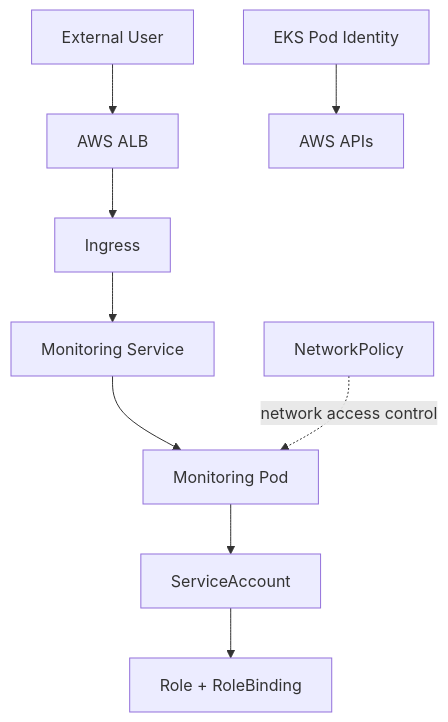
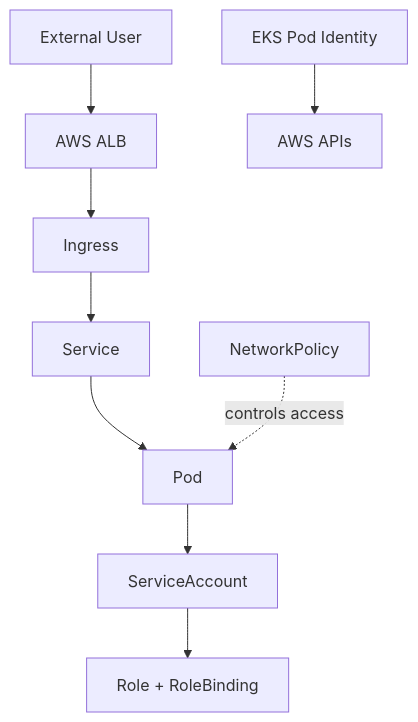
Before and after one commit to hammadqureshi31/cloud-native-monitoring: the eighth of 11 diagrams in README.md, drawn with Mermaid. The commit also changed other lines of this file, not shown here.

````diff
--- a/README.md
+++ b/README.md
@@ -2811,32 +639,7 @@
-```mermaid id="b9s4k7"
+```mermaid
 flowchart TB
-    USER[External User]
-
-    ALB[AWS ALB]
-
-    ING[Ingress]
-
-    SVC[Monitoring Service]
-
-    POD[Monitoring Pod]
-
-    SA[ServiceAccount]
-    RBAC[Role + RoleBinding]
-
-    NP[NetworkPolicy]
-
-    IAM[EKS Pod Identity]
-    AWS[AWS APIs]
-
-    USER --> ALB
-    ALB --> ING
-    ING --> SVC
-    SVC --> POD
-
-    POD --> SA
-    SA --> RBAC
-
-    NP -. network access control .-> POD
-
-    IAM --> AWS
+    USER[External User] --> ALB2[AWS ALB] --> ING2[Ingress] --> SVC2[Service] --> POD2[Pod]
+    POD2 --> SA[ServiceAccount] --> RBAC2[Role + RoleBinding]
+    NP[NetworkPolicy] -.->|controls access| POD2
+    IAM2[EKS Pod Identity] --> AWSAPI[AWS APIs]
 ```
````
